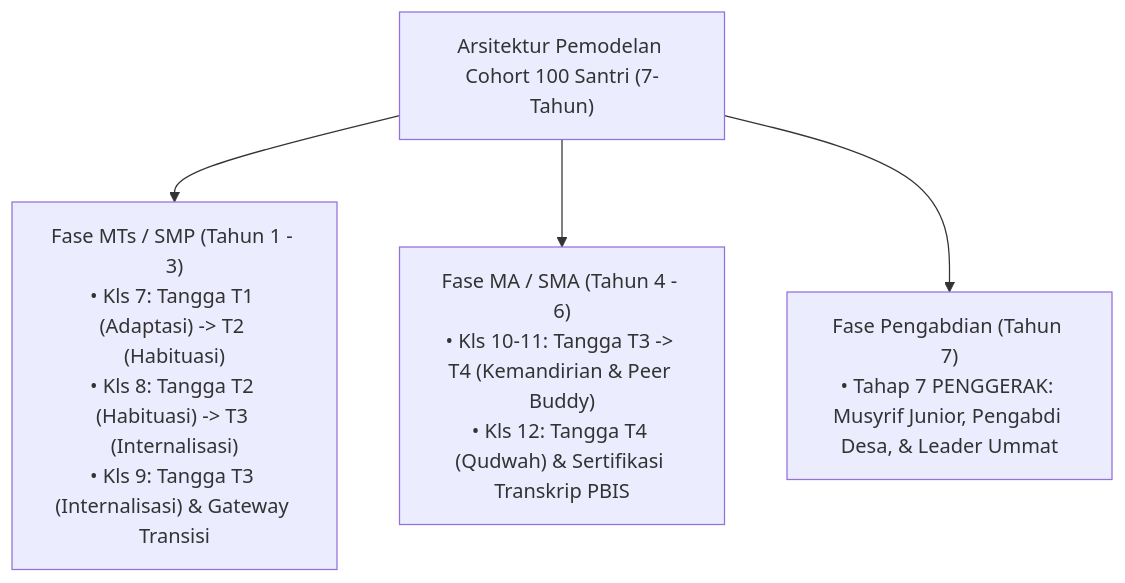
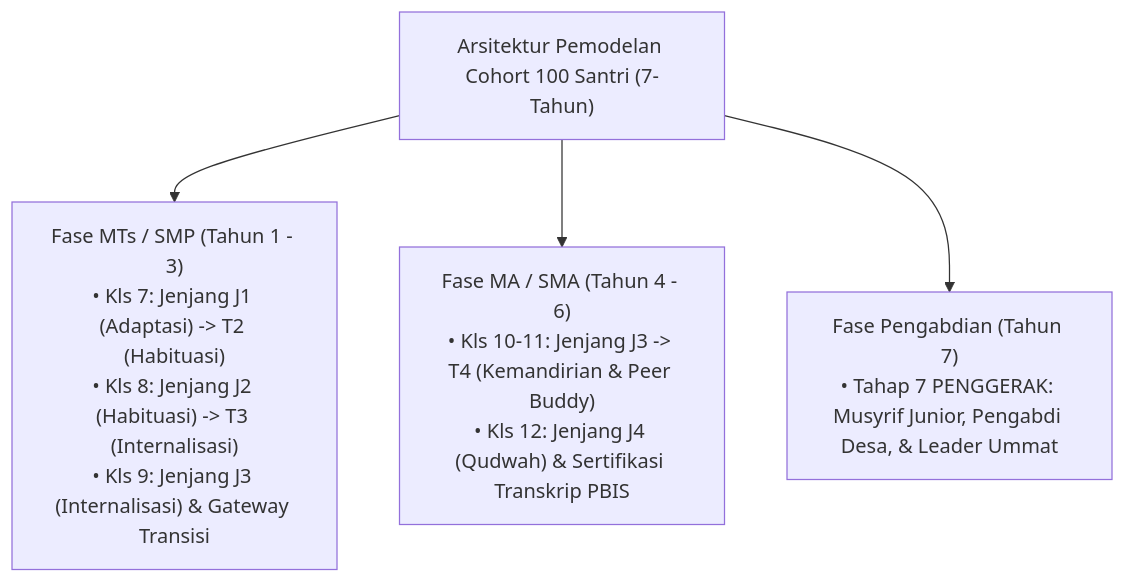
One commit to wandiapriliyandi/tumbuh changed the diagram in SIMULASI/README.md. Above: the diagram before and after it, drawn with Mermaid. The commit also changed 209 other files, not shown here.

````diff
--- a/SIMULASI/README.md
+++ b/SIMULASI/README.md
@@ -10,7 +10,7 @@
 ```mermaid
 graph TD
     SimuArch["Arsitektur Pemodelan Cohort 100 Santri (7-Tahun)"]
-    SimuArch --> Phase1["Fase MTs / SMP (Tahun 1 - 3)<br/>• Kls 7: Tangga T1 (Adaptasi) -> T2 (Habituasi)<br/>• Kls 8: Tangga T2 (Habituasi) -> T3 (Internalisasi)<br/>• Kls 9: Tangga T3 (Internalisasi) & Gateway Transisi"]
-    SimuArch --> Phase2["Fase MA / SMA (Tahun 4 - 6)<br/>• Kls 10-11: Tangga T3 -> T4 (Kemandirian & Peer Buddy)<br/>• Kls 12: Tangga T4 (Qudwah) & Sertifikasi Transkrip PBIS"]
+    SimuArch --> Phase1["Fase MTs / SMP (Tahun 1 - 3)<br/>• Kls 7: Jenjang J1 (Adaptasi) -> T2 (Habituasi)<br/>• Kls 8: Jenjang J2 (Habituasi) -> T3 (Internalisasi)<br/>• Kls 9: Jenjang J3 (Internalisasi) & Gateway Transisi"]
+    SimuArch --> Phase2["Fase MA / SMA (Tahun 4 - 6)<br/>• Kls 10-11: Jenjang J3 -> T4 (Kemandirian & Peer Buddy)<br/>• Kls 12: Jenjang J4 (Qudwah) & Sertifikasi Transkrip PBIS"]
     SimuArch --> Phase3["Fase Pengabdian (Tahun 7)<br/>• Tahap 7 PENGGERAK: Musyrif Junior, Pengabdi Desa, & Leader Ummat"]
 ```
````
